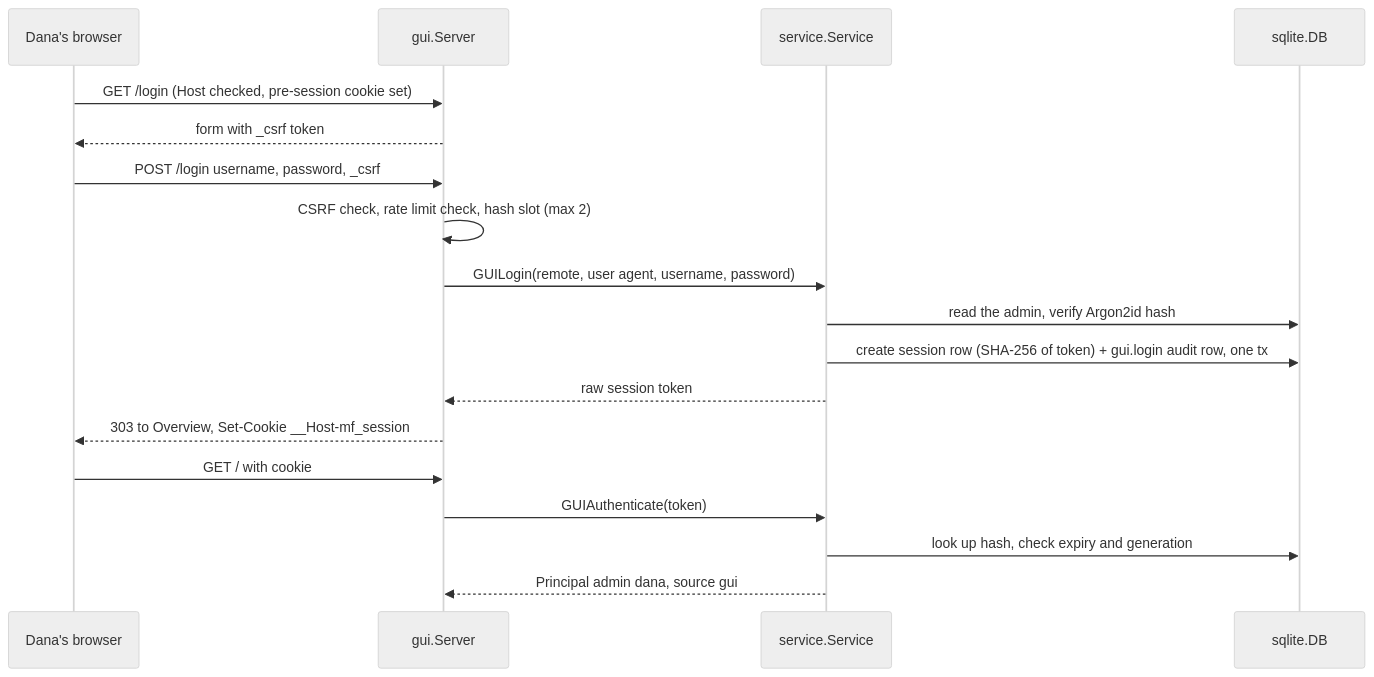
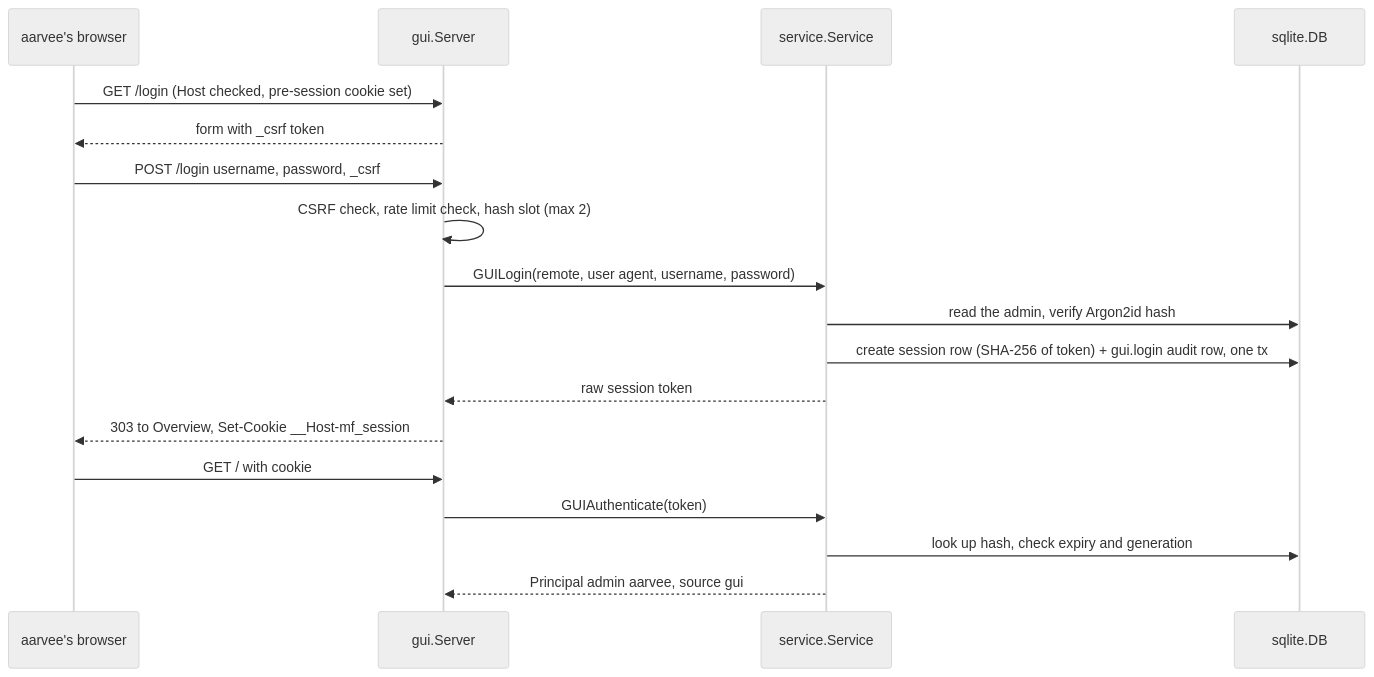
One commit to mirastacklabs-ai/mirafleet changed diagram 27 of 27 in docs/guide/04-flows.md. Above: the diagram before and after it, drawn with Mermaid (neutral theme). The commit also changed other lines of this file and 29 other files, not shown here.

````diff
--- a/docs/guide/04-flows.md
+++ b/docs/guide/04-flows.md
@@ -1910,20 +1910,20 @@
 ```mermaid
 sequenceDiagram
-  participant B as Dana's browser
+  participant B as aarvee's browser
   participant G as gui.Server
   participant S as service.Service
   participant DB as sqlite.DB
   B->>G: GET /login (Host checked, pre-session cookie set)
   G-->>B: form with _csrf token
   B->>G: POST /login username, password, _csrf
   G->>G: CSRF check, rate limit check, hash slot (max 2)
   G->>S: GUILogin(remote, user agent, username, password)
   S->>DB: read the admin, verify Argon2id hash
   S->>DB: create session row (SHA-256 of token) + gui.login audit row, one tx
   S-->>G: raw session token
   G-->>B: 303 to Overview, Set-Cookie __Host-mf_session
   B->>G: GET / with cookie
   G->>S: GUIAuthenticate(token)
   S->>DB: look up hash, check expiry and generation
-  S-->>G: Principal admin dana, source gui
+  S-->>G: Principal admin aarvee, source gui
 ```
````
